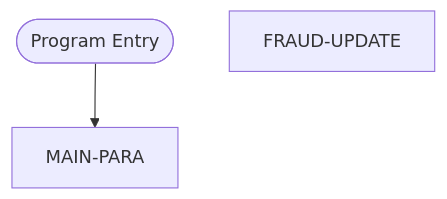
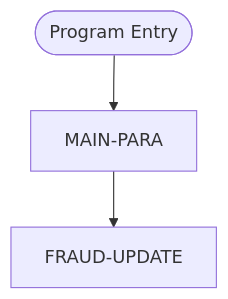
Before and after one commit to Arun973150/new_doc: the second of 2 diagrams in Unisys_doc-main/doc_demo/docs/programs/COPAUS2C.md, drawn with Mermaid. The commit also changed other lines of this file and 716 other files, not shown here.

````diff
--- a/Unisys_doc-main/doc_demo/docs/programs/COPAUS2C.md
+++ b/Unisys_doc-main/doc_demo/docs/programs/COPAUS2C.md
@@ -197,7 +196,8 @@
 ```mermaid
 flowchart TD
     START([Program Entry])
     MAIN_PARA["MAIN-PARA"]
     FRAUD_UPDATE["FRAUD-UPDATE"]
     START --> MAIN_PARA
+    MAIN_PARA --> FRAUD_UPDATE
 ```
````
